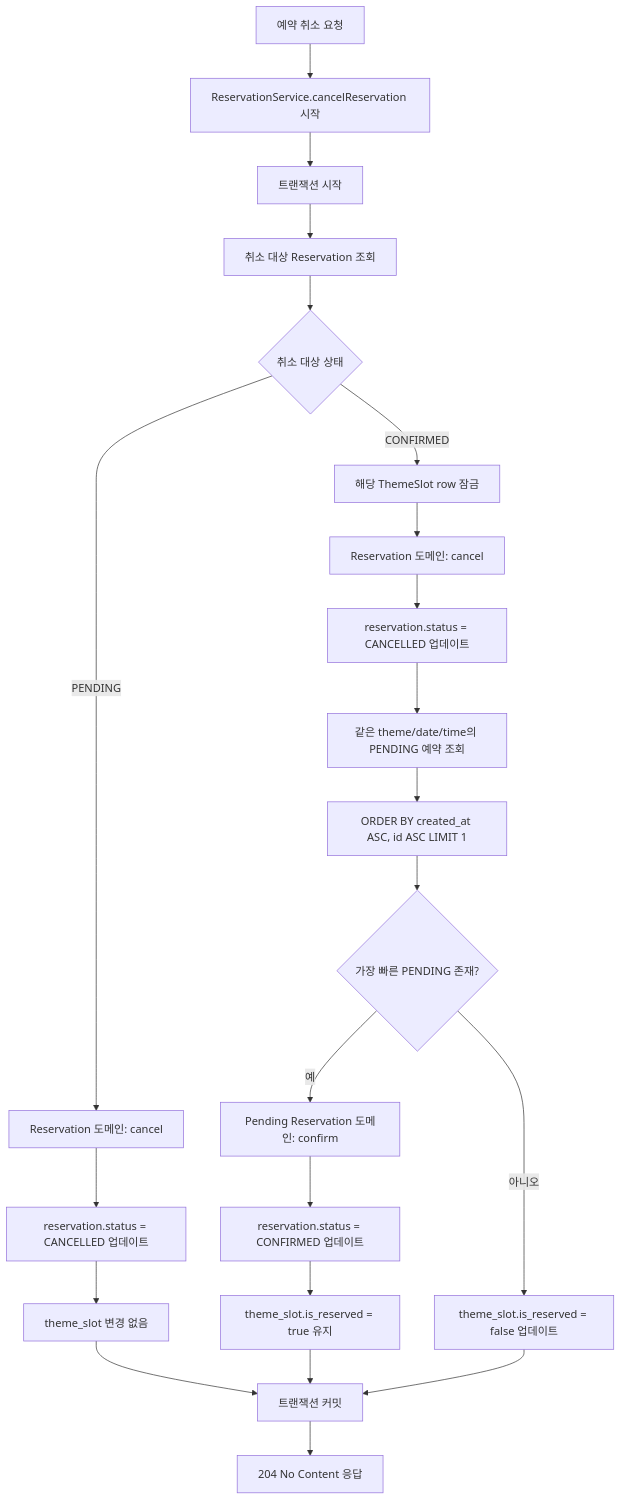
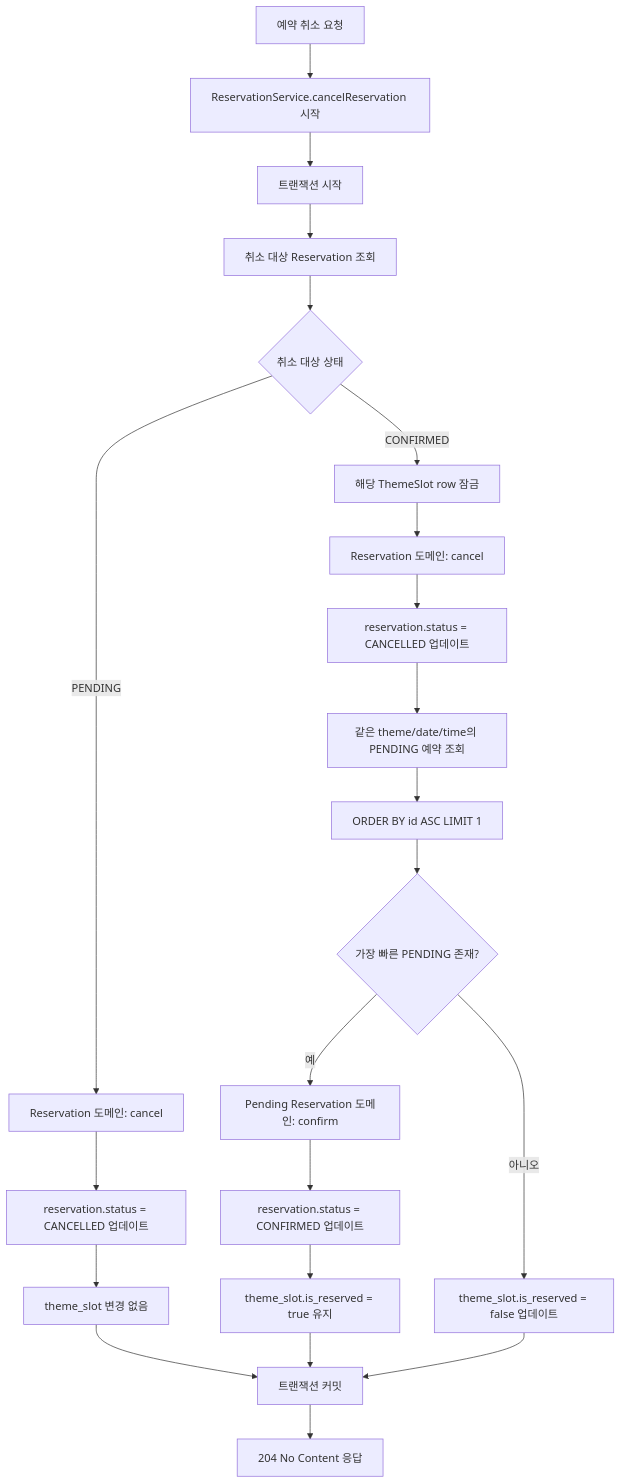
The first of 2 diagrams in README.md (woowacourse/spring-roomescape-waiting), drawn with Mermaid before and after one commit. The commit also changed other lines of this file and 10 other files, not shown here.

````diff
--- a/README.md
+++ b/README.md
@@ -167,32 +167,32 @@
 ```mermaid
 flowchart TD
     A[예약 취소 요청] --> B[ReservationService.cancelReservation 시작]
     B --> TX[트랜잭션 시작]
 
     TX --> C[취소 대상 Reservation 조회]
     C --> D{취소 대상 상태}
 
     D -- PENDING --> E[Reservation 도메인: cancel]
     E --> F[reservation.status = CANCELLED 업데이트]
     F --> G[theme_slot 변경 없음]
     G --> COMMIT[트랜잭션 커밋]
 
     D -- CONFIRMED --> H[해당 ThemeSlot row 잠금]
     H --> I[Reservation 도메인: cancel]
     I --> J[reservation.status = CANCELLED 업데이트]
 
     J --> K[같은 theme/date/time의 PENDING 예약 조회]
-    K --> L[ORDER BY created_at ASC, id ASC LIMIT 1]
+    K --> L[ORDER BY id ASC LIMIT 1]
 
     L --> M{가장 빠른 PENDING 존재?}
 
     M -- 예 --> N[Pending Reservation 도메인: confirm]
     N --> O[reservation.status = CONFIRMED 업데이트]
     O --> P[theme_slot.is_reserved = true 유지]
     P --> COMMIT
 
     M -- 아니오 --> Q[theme_slot.is_reserved = false 업데이트]
     Q --> COMMIT
 
     COMMIT --> R[204 No Content 응답]
 ```
````
